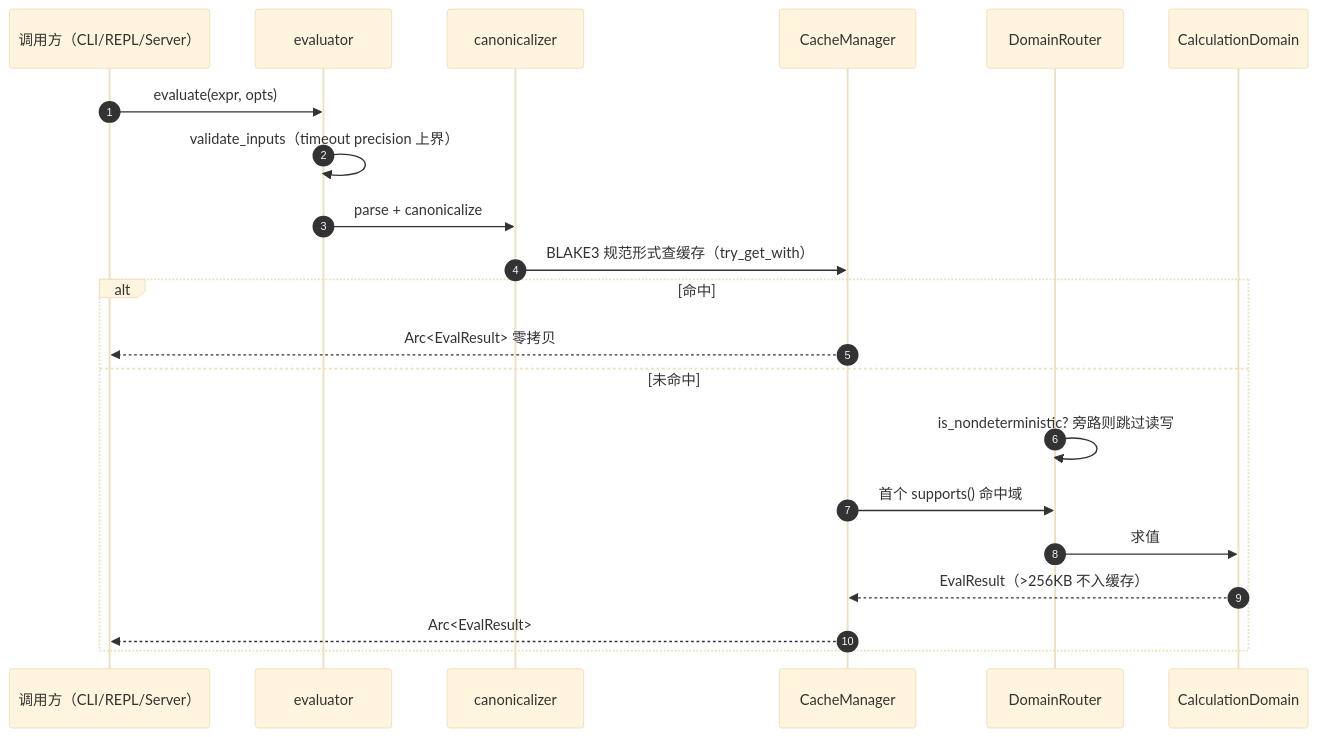
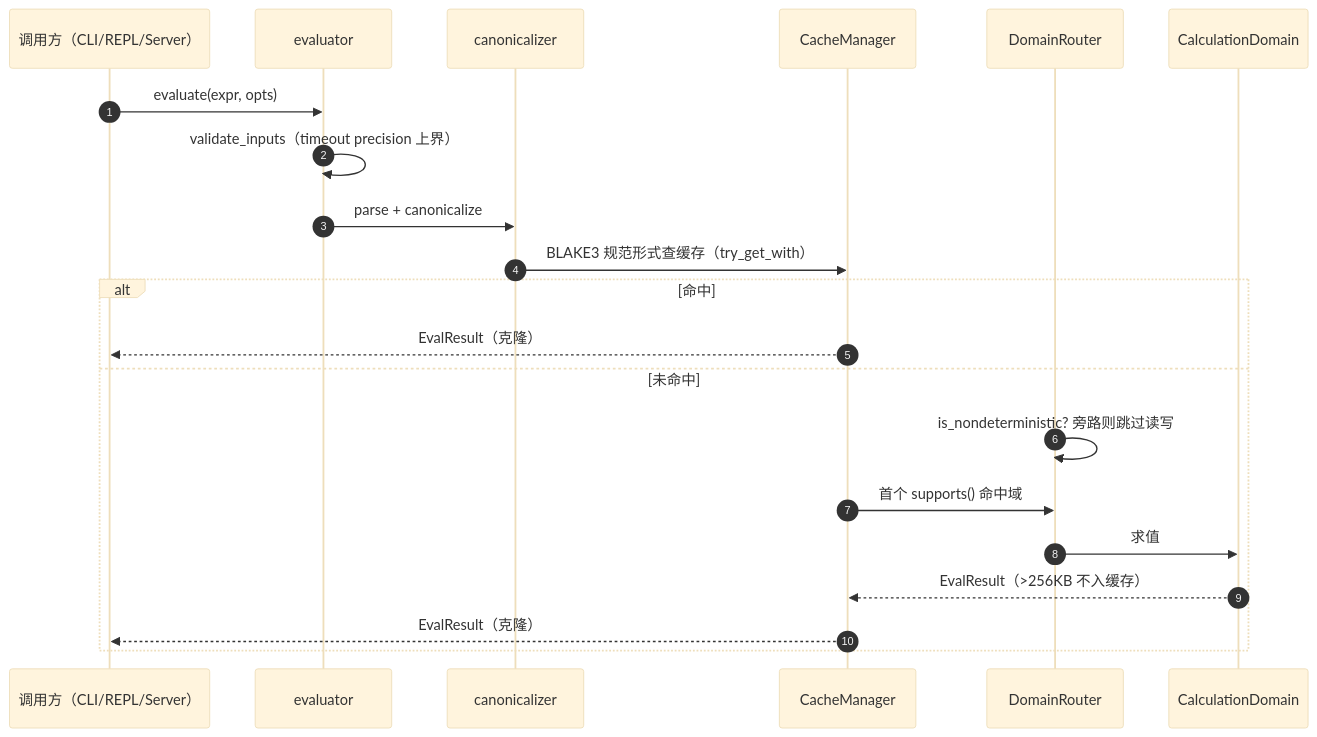
One commit to Kirky-X/calnexus changed the third of 6 diagrams in docs/ARCHITECTURE.md. Above: the diagram before and after it, drawn with Mermaid (base theme). The commit also changed other lines of this file and 8 other files, not shown here.

````diff
--- a/docs/ARCHITECTURE.md
+++ b/docs/ARCHITECTURE.md
@@ -240,24 +240,24 @@
 ```mermaid
 sequenceDiagram
     autonumber
     participant App as 调用方（CLI/REPL/Server）
     participant E as evaluator
     participant C as canonicalizer
     participant K as CacheManager
     participant R as DomainRouter
     participant D as CalculationDomain
 
     App->>E: evaluate(expr, opts)
     E->>E: validate_inputs（timeout precision 上界）
     E->>C: parse + canonicalize
     C->>K: BLAKE3 规范形式查缓存（try_get_with）
     alt 命中
-        K-->>App: Arc<EvalResult> 零拷贝
+        K-->>App: EvalResult（克隆）
     else 未命中
         R->>R: is_nondeterministic? 旁路则跳过读写
         K->>R: 首个 supports() 命中域
         R->>D: 求值
         D-->>K: EvalResult（>256KB 不入缓存）
-        K-->>App: Arc<EvalResult>
+        K-->>App: EvalResult（克隆）
     end
 ```
````
